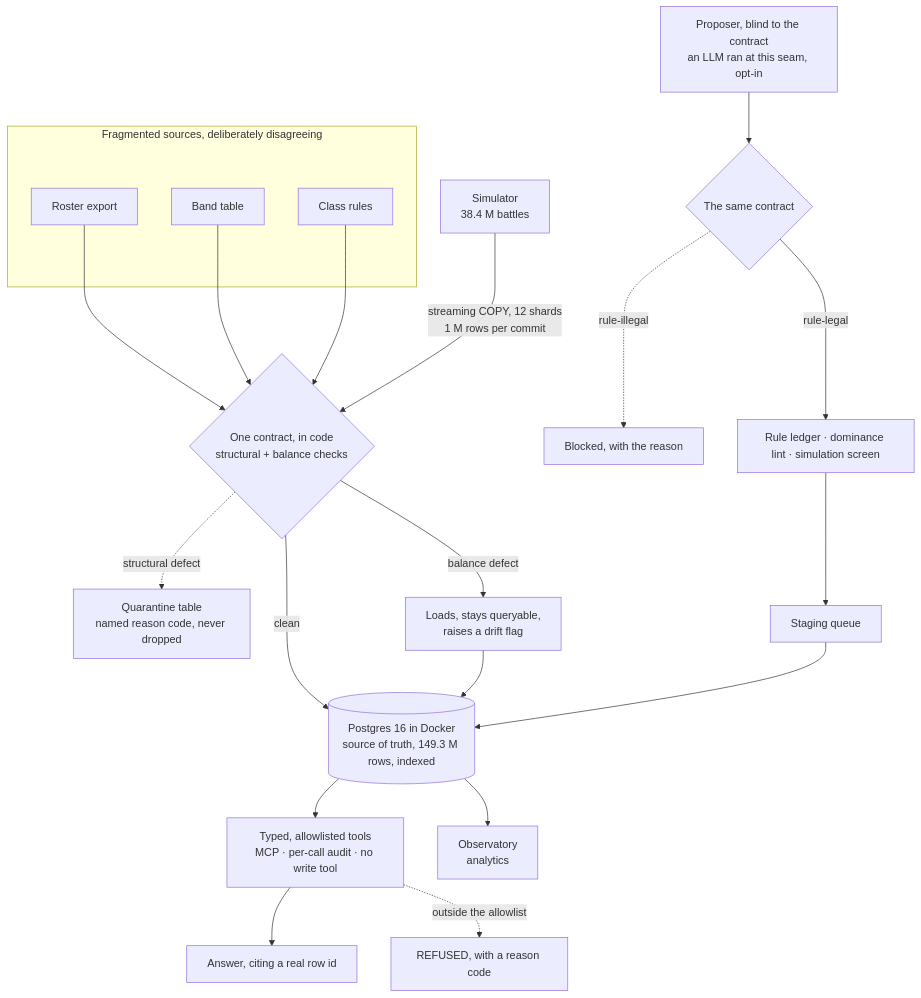
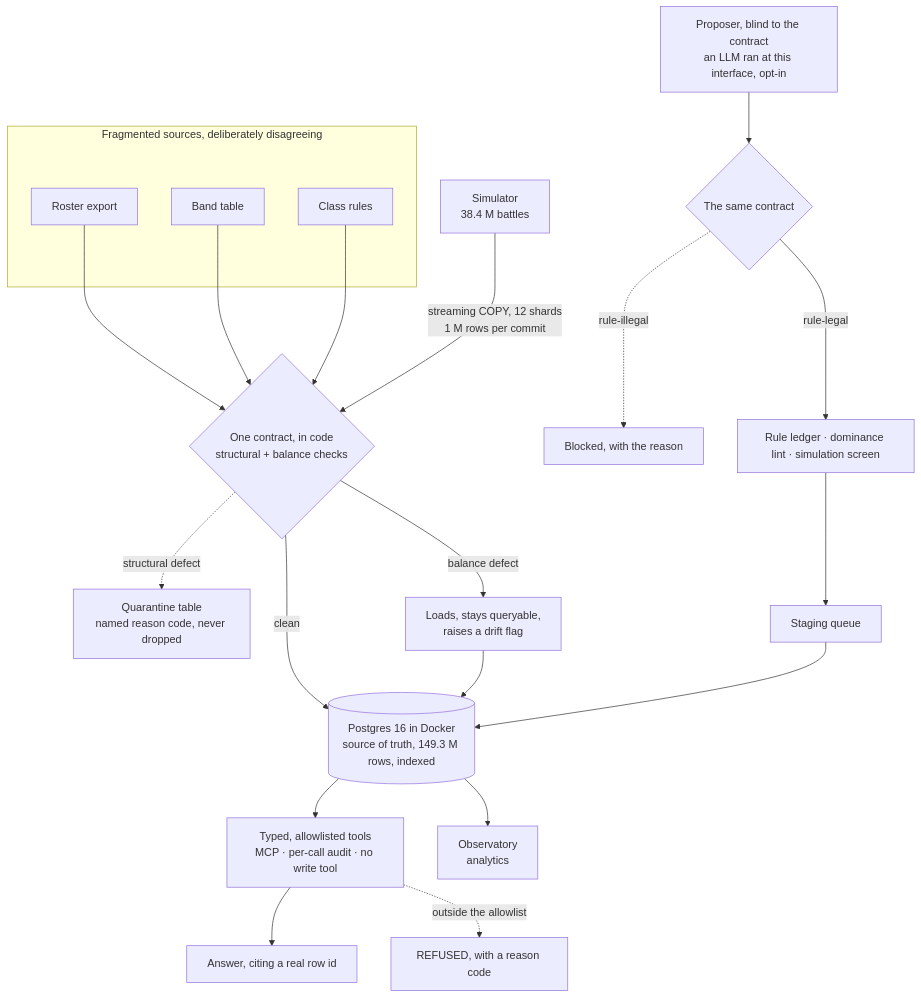
The diagram in README.md (janvrsinsky/jv-mmo-proving-ground), drawn with Mermaid before and after one commit. The commit also changed other lines of this file, not shown here.

````diff
--- a/README.md
+++ b/README.md
@@ -190,31 +190,31 @@
 ```mermaid
 flowchart TB
     subgraph SRC["Fragmented sources, deliberately disagreeing"]
         S1["Roster export"]
         S2["Band table"]
         S3["Class rules"]
     end
     SIM["Simulator<br/>38.4 M battles"]
 
     S1 --> C
     S2 --> C
     S3 --> C
     SIM -->|"streaming COPY, 12 shards<br/>1 M rows per commit"| C
 
     C{"One contract, in code<br/>structural + balance checks"}
     C -->|"clean"| DB[("Postgres 16 in Docker<br/>source of truth, 149.3 M rows, indexed")]
     C -.->|"structural defect"| Q["Quarantine table<br/>named reason code, never dropped"]
     C -->|"balance defect"| DRIFT["Loads, stays queryable,<br/>raises a drift flag"]
     DRIFT --> DB
 
-    AI["Proposer, blind to the contract<br/>an LLM ran at this seam, opt-in"] --> C2{"The same contract"}
+    AI["Proposer, blind to the contract<br/>an LLM ran at this interface, opt-in"] --> C2{"The same contract"}
     C2 -.->|"rule-illegal"| BLOCK["Blocked, with the reason"]
     C2 -->|"rule-legal"| SCREEN["Rule ledger · dominance lint · simulation screen"]
     SCREEN --> STAGE["Staging queue"]
     STAGE --> DB
 
     DB --> TOOLS["Typed, allowlisted tools<br/>MCP · per-call audit · no write tool"]
     TOOLS --> ANS["Answer, citing a real row id"]
     TOOLS -.->|"outside the allowlist"| REF["REFUSED, with a reason code"]
     DB --> OBS["Observatory<br/>analytics"]
 ```
````
